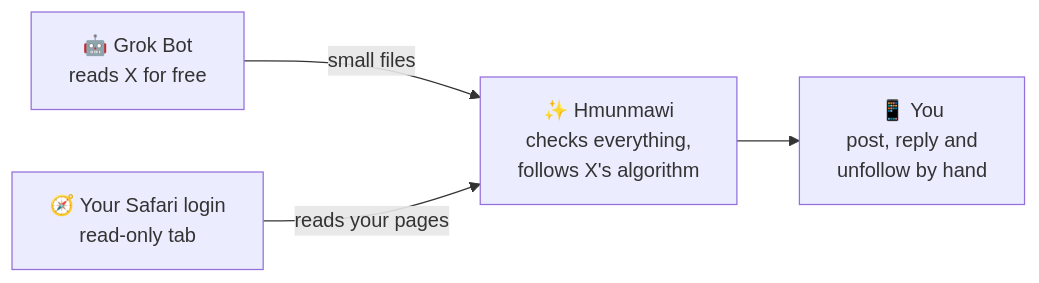
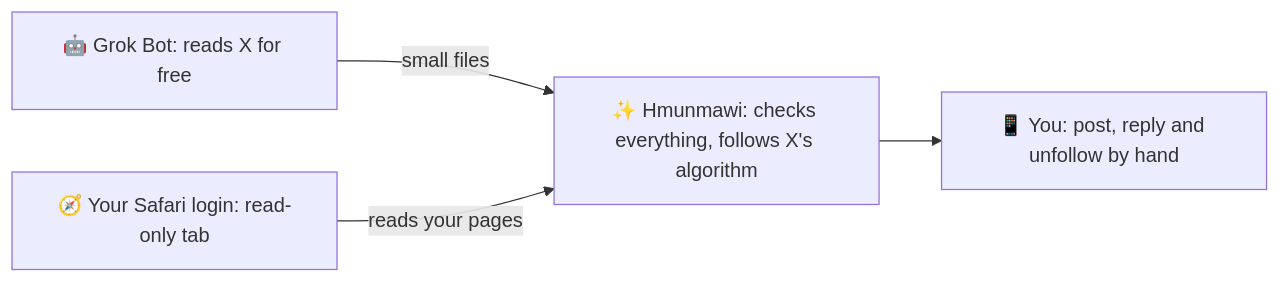
Before and after one commit to priyevsingh/hmunmawi: the diagram in docs/X-SETUP.md, drawn with Mermaid. The commit also changed other lines of this file and 4 other files, not shown here.

Commit message:
Docs: clearer Win / Worry / Next table; plain-text version before every flow diagram

````diff
--- a/docs/X-SETUP.md
+++ b/docs/X-SETUP.md
@@ -16,6 +23,6 @@
 ```mermaid
 flowchart LR
-    G["🤖 Grok Bot<br/>reads X for free"] -->|small files| H
-    S["🧭 Your Safari login<br/>read-only tab"] -->|reads your pages| H
-    H["✨ Hmunmawi<br/>checks everything,<br/>follows X's algorithm"] --> Y["📱 You<br/>post, reply and<br/>unfollow by hand"]
+    G["🤖 Grok Bot: reads X for free"] -->|small files| H
+    S["🧭 Your Safari login: read-only tab"] -->|reads your pages| H
+    H["✨ Hmunmawi: checks everything, follows X's algorithm"] --> Y["📱 You: post, reply and unfollow by hand"]
 ```
````
